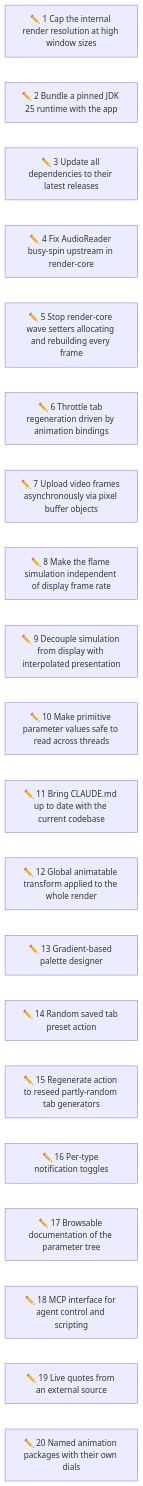
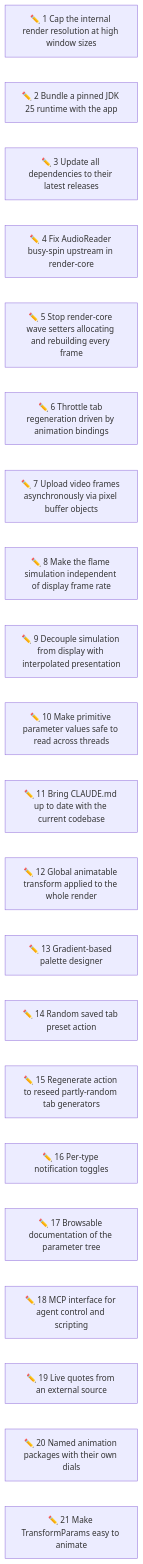
One commit to duckAsteroid/cthugha-reborn changed the diagram in docs/initiatives/README.md. Above: the diagram before and after it, drawn with Mermaid. The commit also changed other lines of this file and 1 other file, not shown here.

Commit message:
docs(initiatives): add ct#21 make TransformParams easy to animate

````diff
--- a/docs/initiatives/README.md
+++ b/docs/initiatives/README.md
@@ -45,43 +46,45 @@
 ```mermaid
 flowchart RL
   n1["✏️ 1 Cap the internal render resolution at high window sizes"]
   n2["✏️ 2 Bundle a pinned JDK 25 runtime with the app"]
   n3["✏️ 3 Update all dependencies to their latest releases"]
   n4["✏️ 4 Fix AudioReader busy-spin upstream in render-core"]
   n5["✏️ 5 Stop render-core wave setters allocating and rebuilding every frame"]
   n6["✏️ 6 Throttle tab regeneration driven by animation bindings"]
   n7["✏️ 7 Upload video frames asynchronously via pixel buffer objects"]
   n8["✏️ 8 Make the flame simulation independent of display frame rate"]
   n9["✏️ 9 Decouple simulation from display with interpolated presentation"]
   n10["✏️ 10 Make primitive parameter values safe to read across threads"]
   n11["✏️ 11 Bring CLAUDE.md up to date with the current codebase"]
   n12["✏️ 12 Global animatable transform applied to the whole render"]
   n13["✏️ 13 Gradient-based palette designer"]
   n14["✏️ 14 Random saved tab preset action"]
   n15["✏️ 15 Regenerate action to reseed partly-random tab generators"]
   n16["✏️ 16 Per-type notification toggles"]
   n17["✏️ 17 Browsable documentation of the parameter tree"]
   n18["✏️ 18 MCP interface for agent control and scripting"]
   n19["✏️ 19 Live quotes from an external source"]
   n20["✏️ 20 Named animation packages with their own dials"]
+  n21["✏️ 21 Make TransformParams easy to animate"]
   click n1 href "01-cap-the-internal-render-resolution-at-high-window-sizes.md"
   click n2 href "02-bundle-a-pinned-jdk-25-runtime-with-the-app.md"
   click n3 href "03-update-all-dependencies-to-their-latest-releases.md"
   click n4 href "04-fix-audioreader-busy-spin-upstream-in-render-core.md"
   click n5 href "05-stop-render-core-wave-setters-allocating-and-rebuilding-ever.md"
   click n6 href "06-throttle-tab-regeneration-driven-by-animation-bindings.md"
   click n7 href "07-upload-video-frames-asynchronously-via-pixel-buffer-objects.md"
   click n8 href "08-make-the-flame-simulation-independent-of-display-frame-rate.md"
   click n9 href "09-decouple-simulation-from-display-with-interpolated-presentat.md"
   click n10 href "10-make-primitive-parameter-values-safe-to-read-across-threads.md"
   click n11 href "11-bring-claude-md-up-to-date-with-the-current-codebase.md"
   click n12 href "12-global-animatable-transform-applied-to-the-whole-render.md"
   click n13 href "13-gradient-based-palette-designer.md"
   click n14 href "14-random-saved-tab-preset-action.md"
   click n15 href "15-regenerate-action-to-reseed-partly-random-tab-generators.md"
   click n16 href "16-per-type-notification-toggles.md"
   click n17 href "17-browsable-documentation-of-the-parameter-tree.md"
   click n18 href "18-mcp-interface-for-agent-control-and-scripting.md"
   click n19 href "19-live-quotes-from-an-external-source.md"
   click n20 href "20-named-animation-packages-with-their-own-dials.md"
+  click n21 href "21-make-transformparams-easy-to-animate.md"
 ```
````
